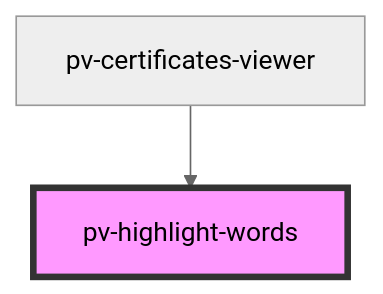
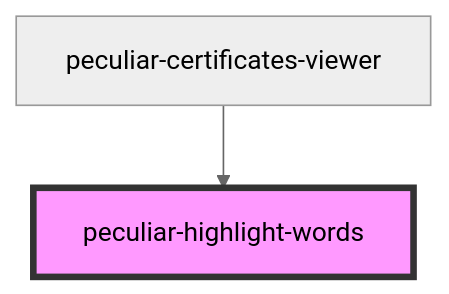
Before and after one commit to PeculiarVentures/pv-certificates-viewer: the diagram in src/components/highlight-words/readme.md, drawn with Mermaid (neutral theme). The commit also changed other lines of this file and 55 other files, not shown here.

````diff
--- a/src/components/highlight-words/readme.md
+++ b/src/components/highlight-words/readme.md
@@ -22,5 +22,5 @@
 ```mermaid
 graph TD;
-  pv-certificates-viewer --> pv-highlight-words
-  style pv-highlight-words fill:#f9f,stroke:#333,stroke-width:4px
+  peculiar-certificates-viewer --> peculiar-highlight-words
+  style peculiar-highlight-words fill:#f9f,stroke:#333,stroke-width:4px
 ```
````
